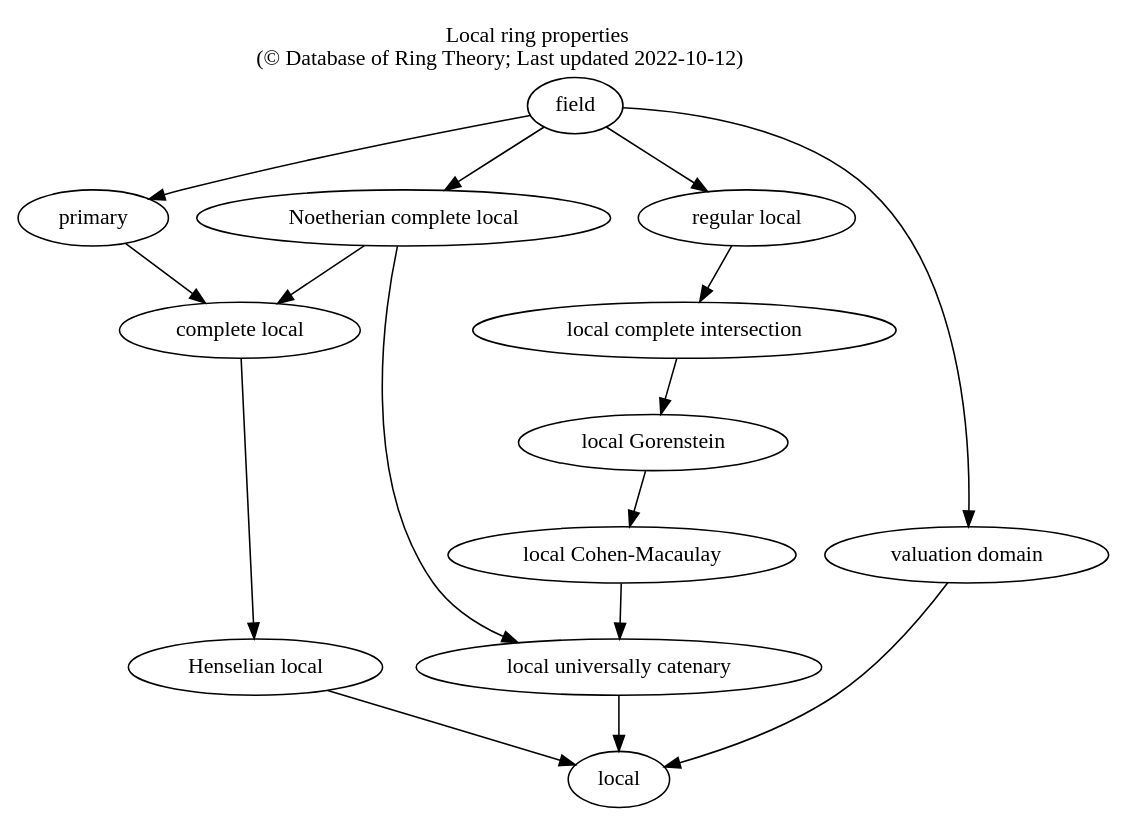
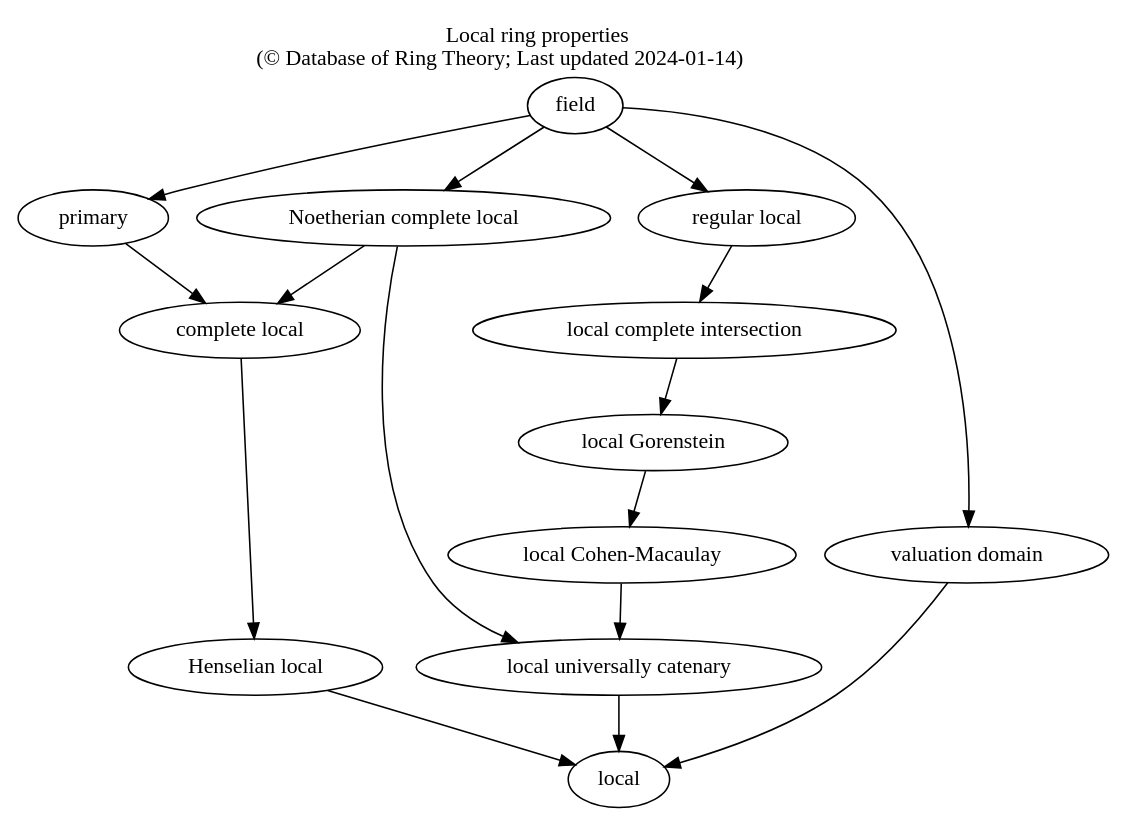
The diagram in map_dotfiles/local.dot (rschwiebert/dart_data), drawn with Graphviz before and after one commit. The commit also changed 16 other files, not shown here.

Commit message:
Updated dot graphs and svgs

```diff
--- a/map_dotfiles/local.dot
+++ b/map_dotfiles/local.dot
@@ -1,20 +1,20 @@
 strict digraph {
-    label=<Local ring properties<br/>(© Database of Ring Theory; Last updated 2022-10-12)>
+    label=<Local ring properties<br/>(© Database of Ring Theory; Last updated 2024-01-14)>
     URL="https://ringtheory.herokuapp.com/";
     labelloc=top;
 	"complete local" -> "Henselian local"
 	field -> "regular local"
 	field -> primary
 	field -> "Noetherian complete local"
 	"Noetherian complete local" -> "complete local"
 	"regular local" -> "local complete intersection"
 	"local complete intersection" -> "local Gorenstein"
 	"local Gorenstein" -> "local Cohen-Macaulay"
 	"local Cohen-Macaulay" -> "local universally catenary"
 	"local universally catenary" -> local
 	"Noetherian complete local" -> "local universally catenary"
 	field -> "valuation domain"
 	"Henselian local" -> local
 	primary -> "complete local"
 	"valuation domain" -> local
 }
```
